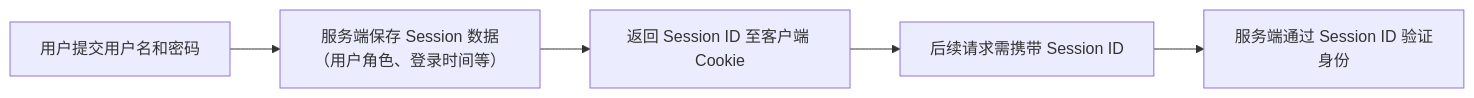
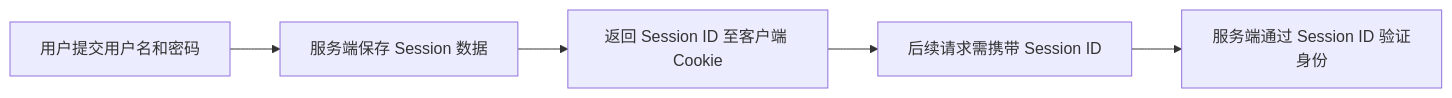
Before and after one commit to huxins/note: the first of 2 diagrams in 003 - 软件开发/网络技术/JWT.md, drawn with Mermaid. The commit also changed other lines of this file, not shown here.

````diff
--- a/003 - 软件开发/网络技术/JWT.md
+++ b/003 - 软件开发/网络技术/JWT.md
@@ -12,7 +11,7 @@
-  ```mermaid
-  graph LR
-  A[用户提交用户名和密码] --> B[服务端保存 Session 数据（用户角色、登录时间等）]
-  B --> C[返回 Session ID 至客户端 Cookie]
-  C --> D[后续请求需携带 Session ID]
-  D --> E[服务端通过 Session ID 验证身份]
-  ```
+```mermaid
+graph LR
+A[用户提交用户名和密码] --> B[服务端保存 Session 数据]
+B --> C[返回 Session ID 至客户端 Cookie]
+C --> D[后续请求需携带 Session ID]
+D --> E[服务端通过 Session ID 验证身份]
+```
````
